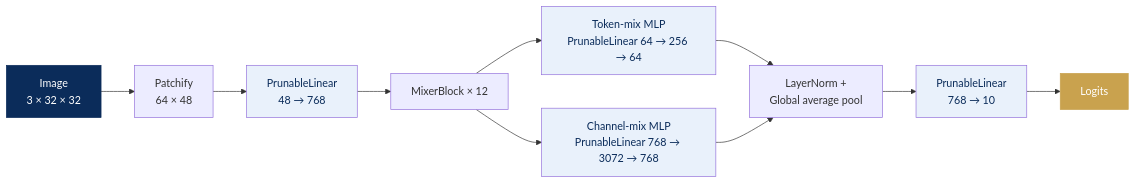
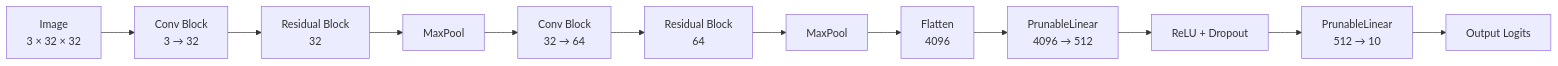
One commit to Pranav0518/Tredence_Self_Pruning_Neural_Network changed the diagram in README.md. Above: the diagram before and after it, drawn with Mermaid. The commit also changed other lines of this file, not shown here.

````diff
--- a/README.md
+++ b/README.md
@@ -173,19 +125,18 @@
 ```mermaid
 flowchart LR
-    A["Image<br/>3 × 32 × 32"] --> B["Patchify<br/>64 × 48"]
-    B --> C["PrunableLinear<br/>48 → 768"]
-    C --> D["MixerBlock × 12"]
-    D --> D1["Token-mix MLP<br/>PrunableLinear 64 → 256 → 64"]
-    D --> D2["Channel-mix MLP<br/>PrunableLinear 768 → 3072 → 768"]
-    D1 --> E["LayerNorm +<br/>Global average pool"]
-    D2 --> E
-    E --> F["PrunableLinear<br/>768 → 10"]
-    F --> G["Logits"]
+    A["Image<br/>3 × 32 × 32"] --> B["Conv Block<br/>3 → 32"]
+    B --> C["Residual Block<br/>32"]
+    C --> D["MaxPool"]
 
-    style A fill:#0B2C5A,color:#fff,stroke:#0B2C5A
-    style G fill:#C9A24E,color:#fff,stroke:#C9A24E
-    style C fill:#E9F1FB,color:#0B2C5A
-    style D1 fill:#E9F1FB,color:#0B2C5A
-    style D2 fill:#E9F1FB,color:#0B2C5A
-    style F fill:#E9F1FB,color:#0B2C5A
+    D --> E["Conv Block<br/>32 → 64"]
+    E --> F["Residual Block<br/>64"]
+    F --> G["MaxPool"]
+
+    G --> H["Flatten<br/>4096"]
+
+    H --> I["PrunableLinear<br/>4096 → 512"]
+    I --> J["ReLU + Dropout"]
+    J --> K["PrunableLinear<br/>512 → 10"]
+
+    K --> L["Output Logits"]
 ```
````
